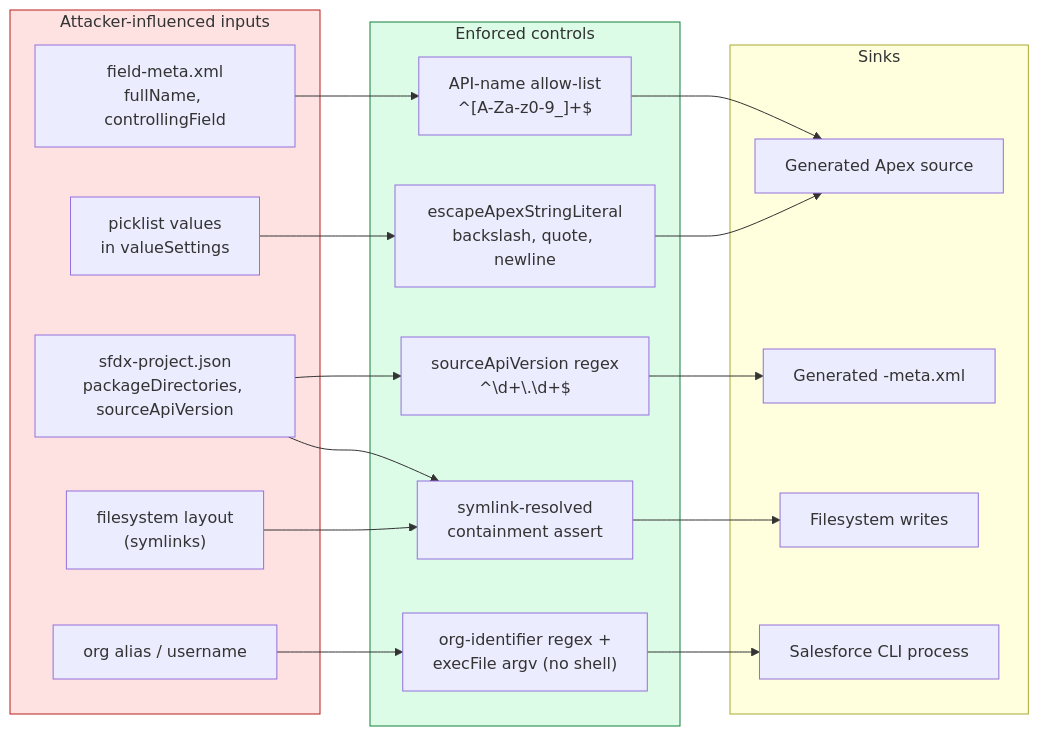
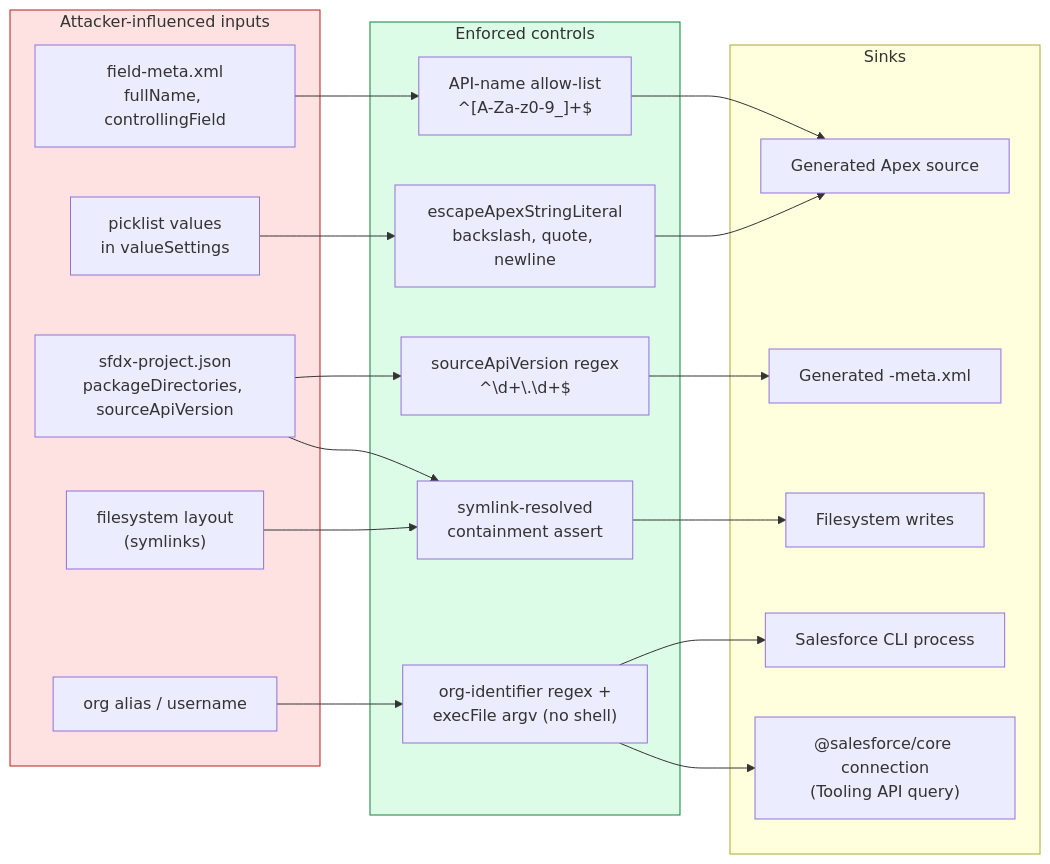
Diagram 13 of 17 in docs/PICKLIST-DEPENDENCY-TECHNICAL-DESIGN.md (jdschleicher/Salesforce-Data-Treecipe), drawn with Mermaid before and after one commit. The commit also changed other lines of this file and 8 other files, not shown here.

````diff
--- a/docs/PICKLIST-DEPENDENCY-TECHNICAL-DESIGN.md
+++ b/docs/PICKLIST-DEPENDENCY-TECHNICAL-DESIGN.md
@@ -684,35 +688,37 @@
 ```mermaid
 flowchart LR
     subgraph untrusted["Attacker-influenced inputs"]
         X1["field-meta.xml<br/>fullName, controllingField"]
         X2["picklist values<br/>in valueSettings"]
         X3["sfdx-project.json<br/>packageDirectories, sourceApiVersion"]
         X4["filesystem layout<br/>(symlinks)"]
         X5["org alias / username"]
     end
 
     subgraph controls["Enforced controls"]
         C1["API-name allow-list<br/>^[A-Za-z0-9_]+$"]
         C2["escapeApexStringLiteral<br/>backslash, quote, newline"]
         C3["sourceApiVersion regex<br/>^\d+\.\d+$"]
         C4["symlink-resolved<br/>containment assert"]
         C5["org-identifier regex +<br/>execFile argv (no shell)"]
     end
 
     subgraph sinks["Sinks"]
         S1["Generated Apex source"]
         S2["Generated -meta.xml"]
         S3["Filesystem writes"]
         S4["Salesforce CLI process"]
+        S5["@salesforce/core connection<br/>(Tooling API query)"]
     end
 
     X1 --> C1 --> S1
     X2 --> C2 --> S1
     X3 --> C3 --> S2
     X3 --> C4
     X4 --> C4 --> S3
     X5 --> C5 --> S4
+    C5 --> S5
 
     style untrusted fill:#fee2e2,stroke:#b91c1c
     style controls fill:#dcfce7,stroke:#15803d
 ```
````
